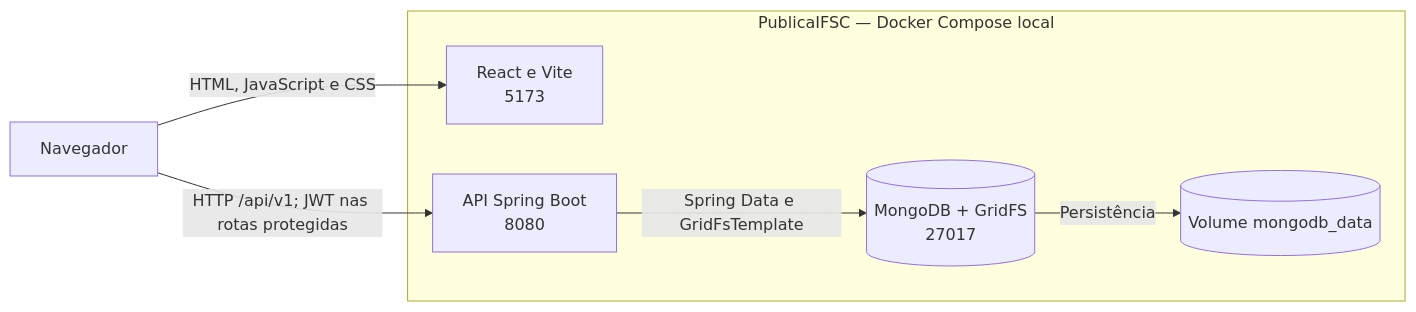
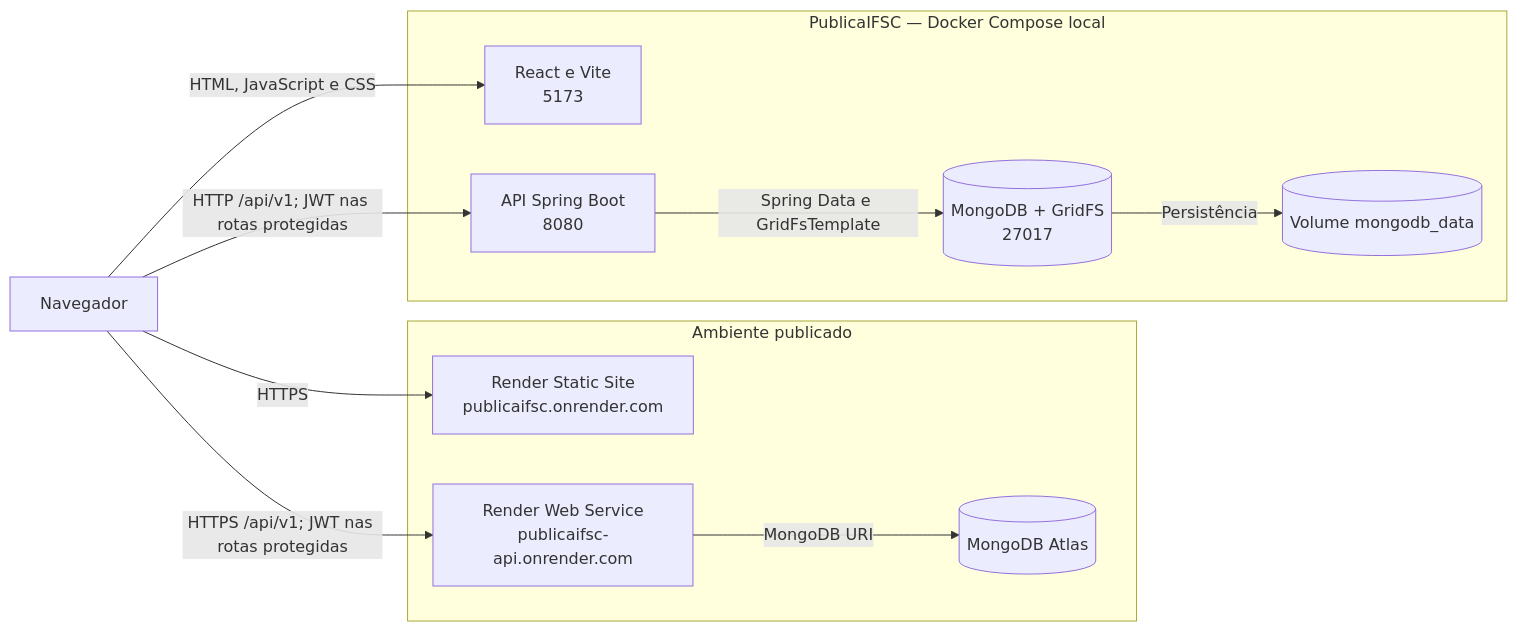
Before and after one commit to IFSC-ES2/es2-2026_2-equipe-4: the diagram in docs/diagramas/conteineres.md, drawn with Mermaid. The commit also changed other lines of this file and 9 other files, not shown here.

````diff
--- a/docs/diagramas/conteineres.md
+++ b/docs/diagramas/conteineres.md
@@ -6,14 +6,22 @@
 ```mermaid
 flowchart LR
     navegador["Navegador"]
+    subgraph publicado["Ambiente publicado"]
+        site["Render Static Site<br/>publicaifsc.onrender.com"]
+        api_publica["Render Web Service<br/>publicaifsc-api.onrender.com"]
+        atlas[("MongoDB Atlas")]
+        api_publica -->|"MongoDB URI"| atlas
+    end
     subgraph compose["PublicaIFSC — Docker Compose local"]
         frontend["React e Vite<br/>5173"]
         api["API Spring Boot<br/>8080"]
         mongo[("MongoDB + GridFS<br/>27017")]
         volume[("Volume mongodb_data")]
         api -->|"Spring Data e GridFsTemplate"| mongo
         mongo -->|"Persistência"| volume
     end
+    navegador -->|"HTTPS"| site
+    navegador -->|"HTTPS /api/v1; JWT nas rotas protegidas"| api_publica
     navegador -->|"HTML, JavaScript e CSS"| frontend
     navegador -->|"HTTP /api/v1; JWT nas rotas protegidas"| api
 ```
````
